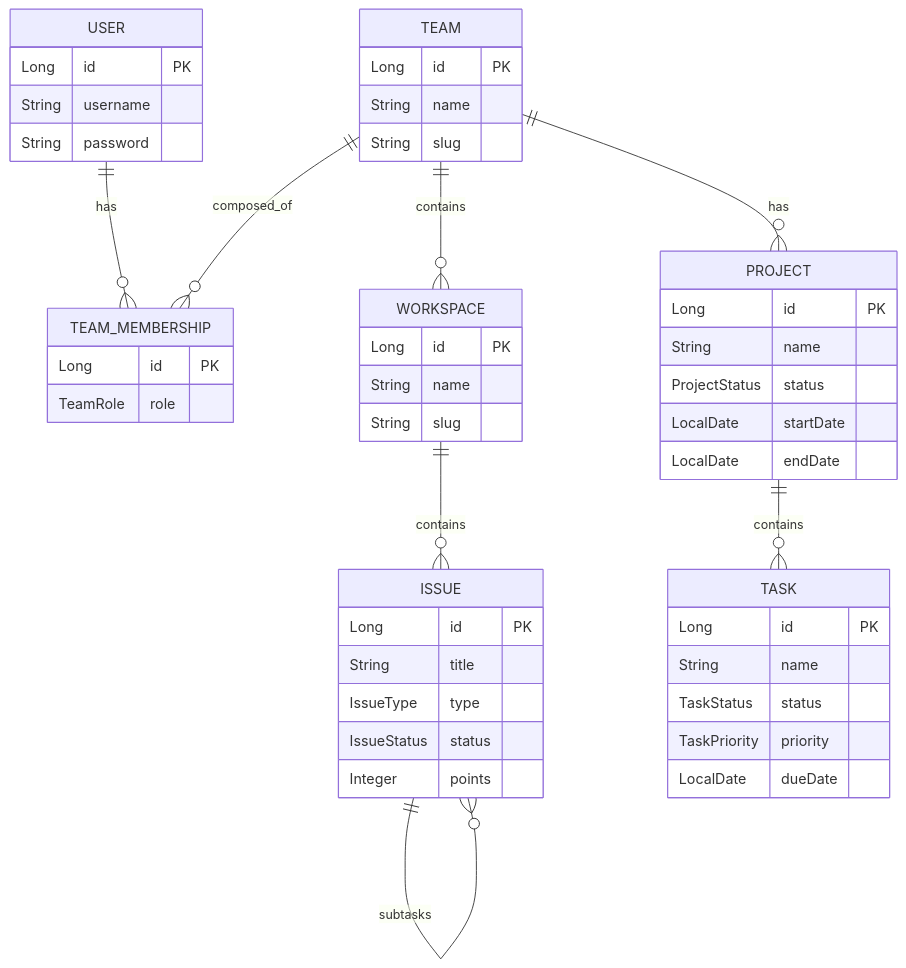
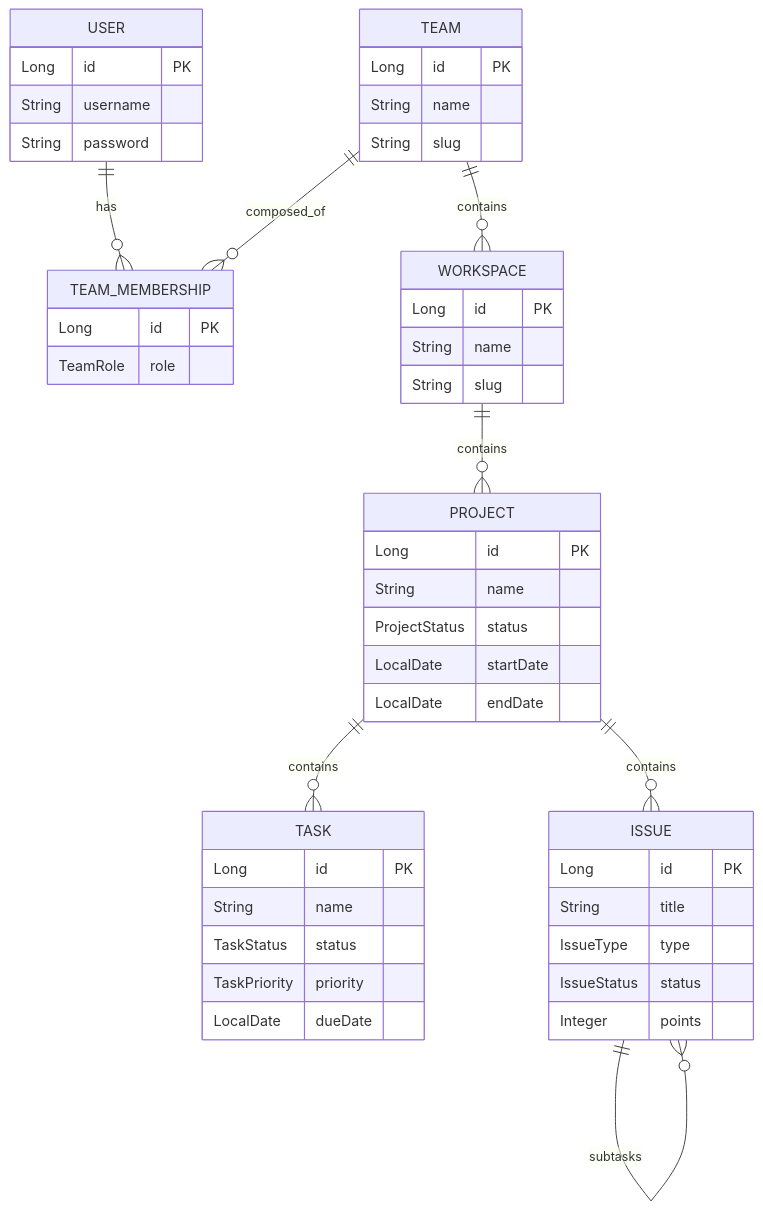
One commit to telesvar/projective changed the second of 4 diagrams in docs/design.md. Above: the diagram before and after it, drawn with Mermaid. The commit also changed other lines of this file and 26 other files, not shown here.

First line of the commit message:
migrate to Team-Workspace-Project hierarchy and granular roles

````diff
--- a/docs/design.md
+++ b/docs/design.md
@@ -60,51 +60,51 @@
 ```mermaid
 erDiagram
     USER ||--o{ TEAM_MEMBERSHIP : has
     TEAM ||--o{ TEAM_MEMBERSHIP : composed_of
     TEAM ||--o{ WORKSPACE : contains
-    WORKSPACE ||--o{ ISSUE : contains
-    ISSUE ||--o{ ISSUE : "subtasks"
-    TEAM ||--o{ PROJECT : has
+    WORKSPACE ||--o{ PROJECT : contains
     PROJECT ||--o{ TASK : contains
+    PROJECT ||--o{ ISSUE : contains
+    ISSUE  ||--o{ ISSUE : "subtasks"
 
     USER {
       Long id PK
       String username
       String password
     }
     TEAM_MEMBERSHIP {
       Long id PK
       TeamRole role
     }
     TEAM {
       Long id PK
       String name
       String slug
     }
     WORKSPACE {
       Long id PK
       String name
       String slug
     }
-    ISSUE {
-      Long id PK
-      String title
-      IssueType type
-      IssueStatus status
-      Integer points
-    }
     PROJECT {
       Long id PK
       String name
       ProjectStatus status
       LocalDate startDate
       LocalDate endDate
     }
     TASK {
       Long id PK
       String name
       TaskStatus status
       TaskPriority priority
       LocalDate dueDate
     }
+    ISSUE {
+      Long id PK
+      String title
+      IssueType type
+      IssueStatus status
+      Integer points
+    }
 ```
````
